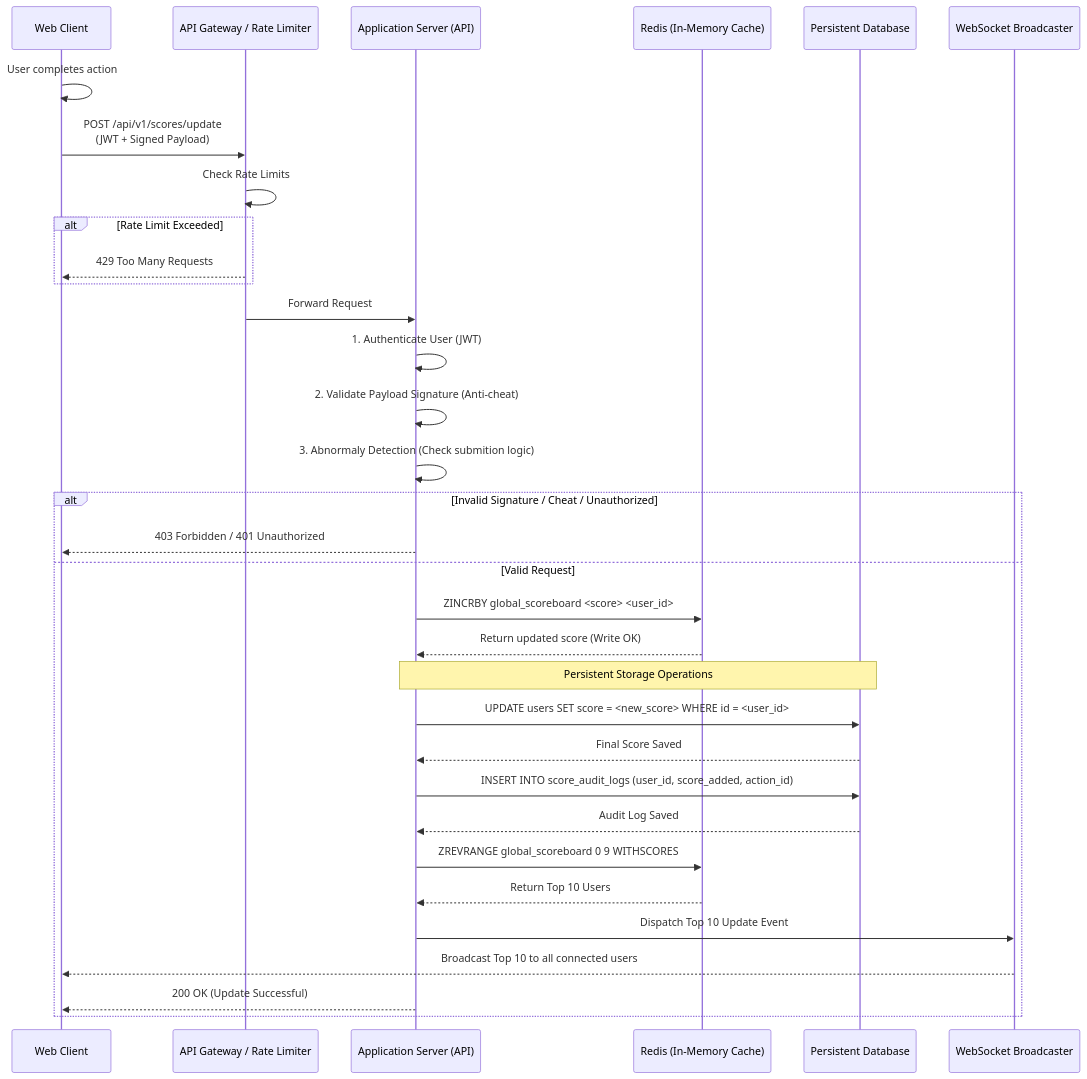
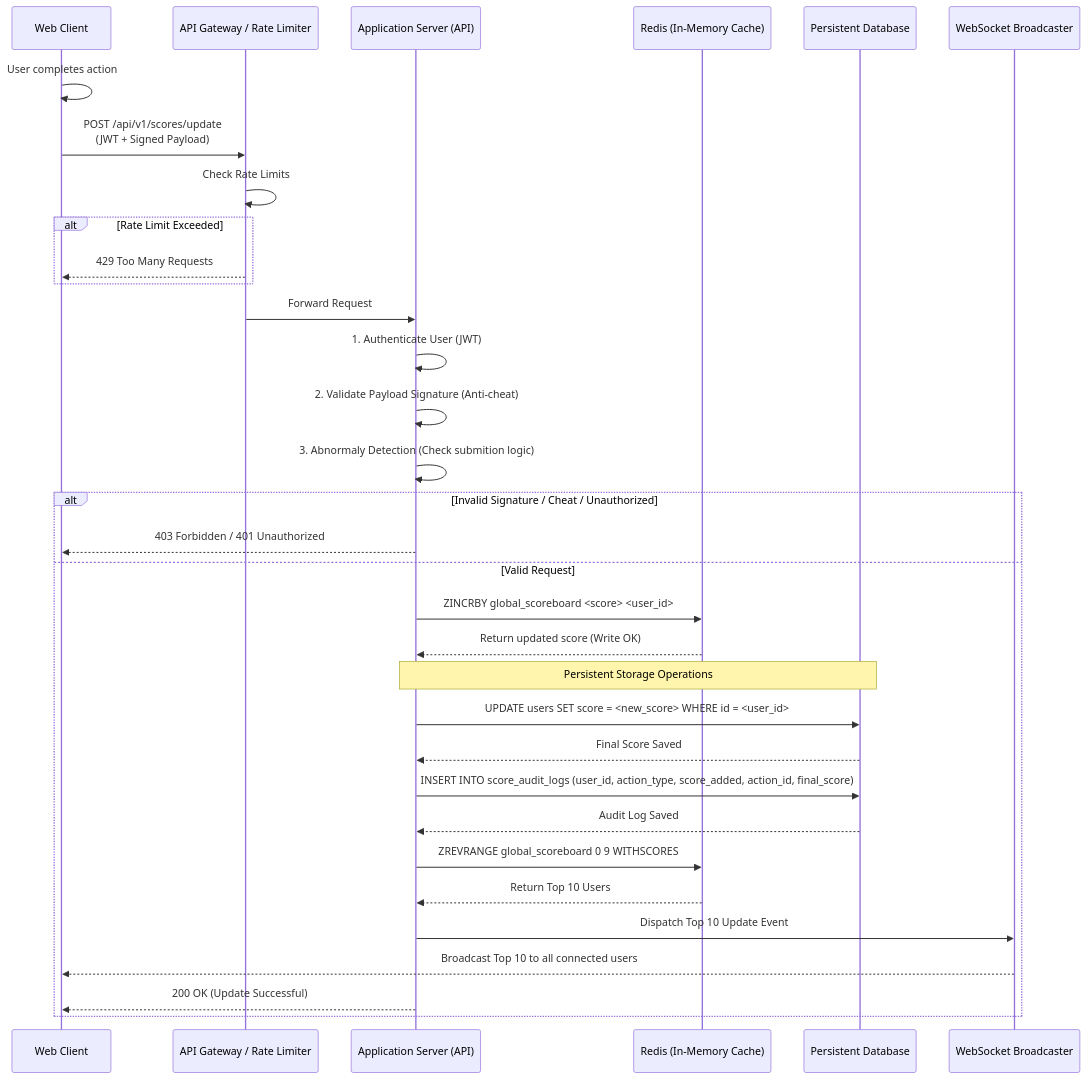
Before and after one commit to hlongvu/code-challenge: the diagram in src/problem6/architecture.md, drawn with Mermaid. The commit also changed other lines of this file, not shown here.

Commit message:
minor update

````diff
--- a/src/problem6/architecture.md
+++ b/src/problem6/architecture.md
@@ -16,44 +16,44 @@
 ```mermaid
 sequenceDiagram
     participant Client as Web Client
     participant Auth as API Gateway / Rate Limiter
     participant Server as Application Server (API)
     participant Redis as Redis (In-Memory Cache)
     participant DB as Persistent Database
     participant WS as WebSocket Broadcaster
 
     Client->>Client: User completes action
     Client->>Auth: POST /api/v1/scores/update<br/>(JWT + Signed Payload)
     
     Auth->>Auth: Check Rate Limits
     alt Rate Limit Exceeded
         Auth-->>Client: 429 Too Many Requests
     end
     
     Auth->>Server: Forward Request
     Server->>Server: 1. Authenticate User (JWT)
     Server->>Server: 2. Validate Payload Signature (Anti-cheat)
     Server->>Server: 3. Abnormaly Detection (Check submition logic)
 
 
     alt Invalid Signature / Cheat / Unauthorized
         Server-->>Client: 403 Forbidden / 401 Unauthorized
     else Valid Request
         Server->>Redis: ZINCRBY global_scoreboard <score> <user_id>
         Redis-->>Server: Return updated score (Write OK)
         
         Note over Server, DB: Persistent Storage Operations
         Server->>DB: UPDATE users SET score = <new_score> WHERE id = <user_id>
         DB-->>Server: Final Score Saved
         
-        Server->>DB: INSERT INTO score_audit_logs (user_id, score_added, action_id)
+        Server->>DB: INSERT INTO score_audit_logs (user_id, action_type, score_added, action_id, final_score)
         DB-->>Server: Audit Log Saved
         
         Server->>Redis: ZREVRANGE global_scoreboard 0 9 WITHSCORES
         Redis-->>Server: Return Top 10 Users
         
         Server->>WS: Dispatch Top 10 Update Event
         WS-->>Client: Broadcast Top 10 to all connected users
         Server-->>Client: 200 OK (Update Successful)
     end
 ```
````
